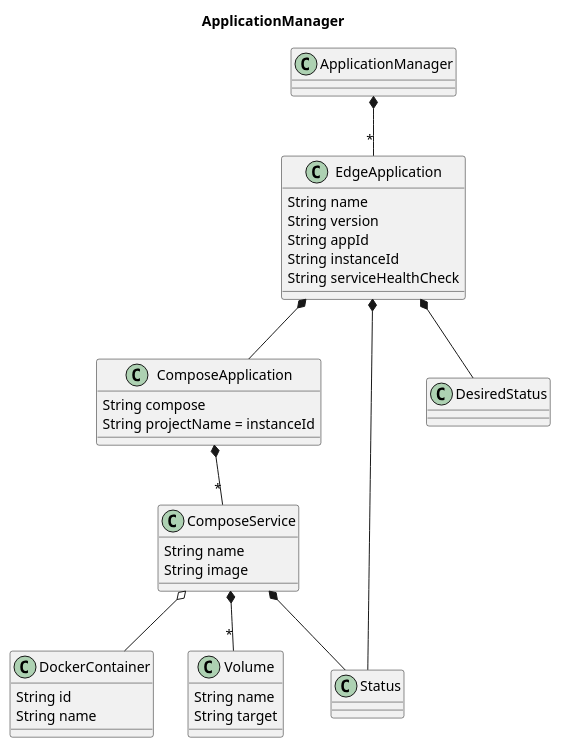
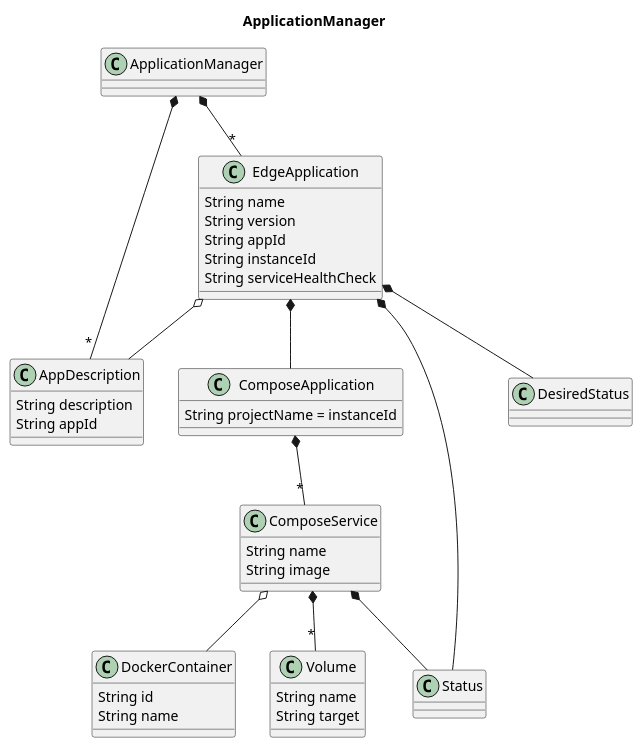
Before and after one commit to se-edge/framework-diagrams: the diagram in ApplicationManager/Class.puml, drawn with PlantUML.

Commit message:
update AM class diagram

```diff
--- a/ApplicationManager/Class.puml
+++ b/ApplicationManager/Class.puml
@@ -1,42 +1,47 @@
 @startuml
 
 title "ApplicationManager"
 
 class ApplicationManager
 class EdgeApplication {
     String name
     String version
     String appId
     String instanceId
     String serviceHealthCheck
 }
+class AppDescription {
+    String description
+    String appId
+}
 class ComposeApplication {
-    String compose
     String projectName = instanceId
 }
 class ComposeService {
     String name
     String image
 }
 class DockerContainer {
     String id
     String name
 }
 class Volume {
     String name
     String target
 }
 
 class Status
 class DesiredStatus
 
 ApplicationManager *-- "*"EdgeApplication
+ApplicationManager *-- "*"AppDescription
 EdgeApplication *-- DesiredStatus
 EdgeApplication *-- ComposeApplication
 EdgeApplication *-- Status
+EdgeApplication o-- AppDescription
 ComposeApplication *-- "*" ComposeService
 ComposeService *-- "*" Volume
 ComposeService o-- DockerContainer
 ComposeService *-- Status
 
 @enduml
```
